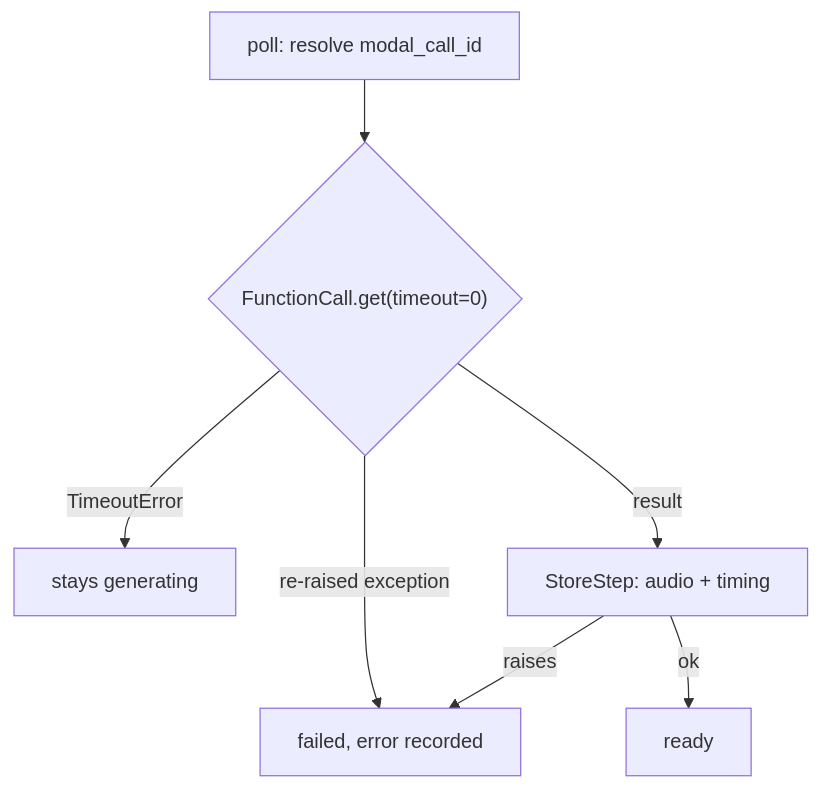
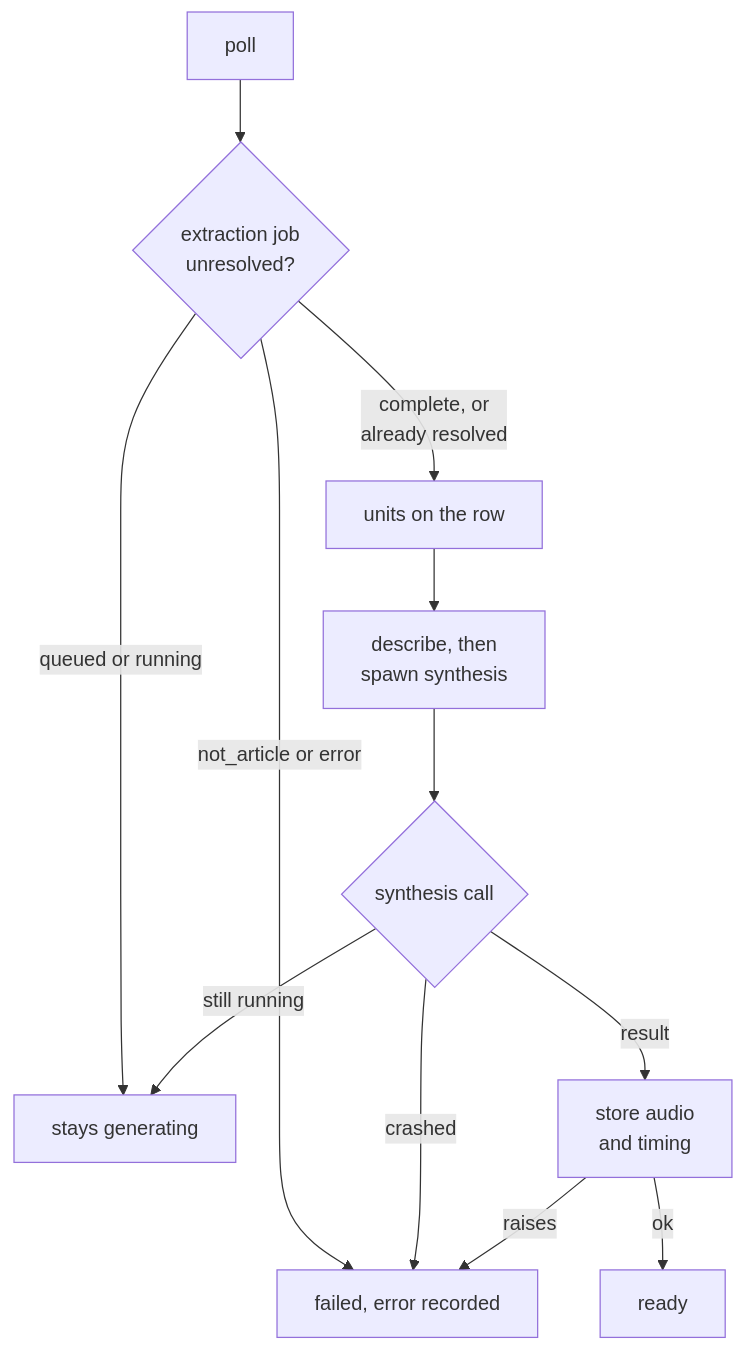
One commit to asermax/nagara changed the second of 3 diagrams in docs/technical-design/item-lifecycle.md. Above: the diagram before and after it, drawn with Mermaid. The commit also changed other lines of this file and 8 other files, not shown here.

First line of the commit message:
docs: describe the recipe-era pipeline and the drop of units with nothing to say

````diff
--- a/docs/technical-design/item-lifecycle.md
+++ b/docs/technical-design/item-lifecycle.md
@@ -61,9 +61,14 @@
 ```mermaid
 flowchart TD
-    P["poll: resolve modal_call_id"] --> R{"FunctionCall.get(timeout=0)"}
-    R -->|TimeoutError| G["stays generating"]
-    R -->|re-raised exception| F["failed, error recorded"]
-    R -->|result| S["StoreStep: audio + timing"]
+    P["poll"] --> X{"extraction job<br/>unresolved?"}
+    X -->|queued or running| H["stays generating"]
+    X -->|not_article or error| F["failed, error recorded"]
+    X -->|complete, or<br/>already resolved| U["units on the row"]
+    U --> D["describe, then<br/>spawn synthesis"]
+    D --> R{"synthesis call"}
+    R -->|still running| H
+    R -->|crashed| F
+    R -->|result| S["store audio<br/>and timing"]
     S -->|ok| Y["ready"]
     S -->|raises| F
 ```
````
